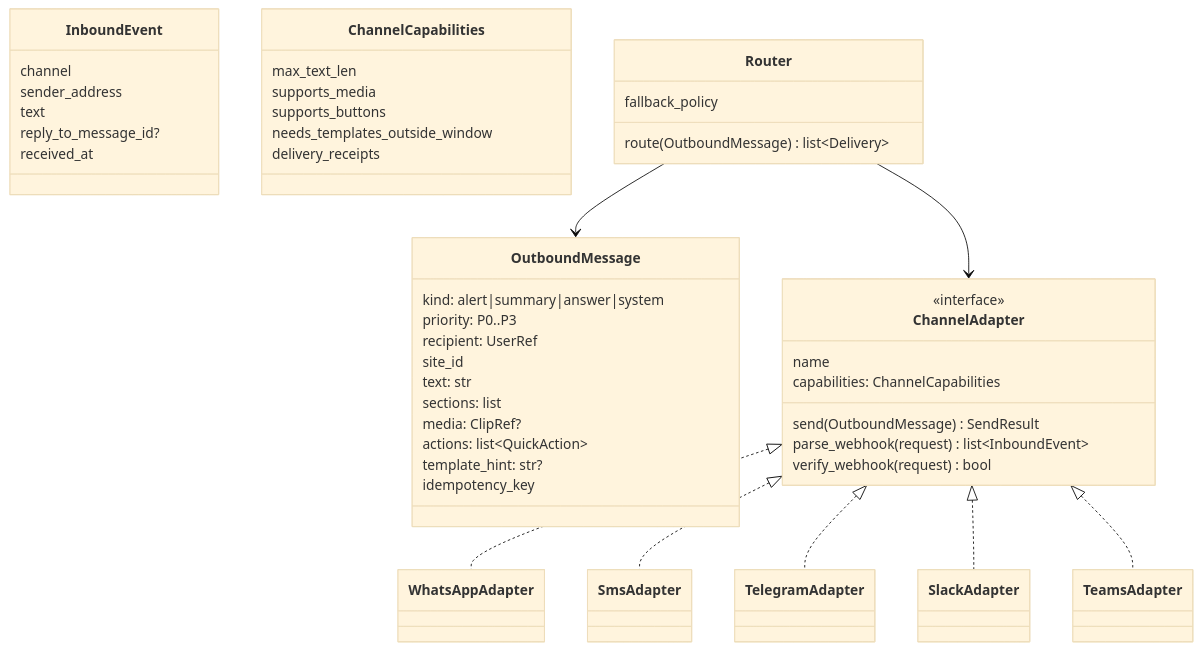
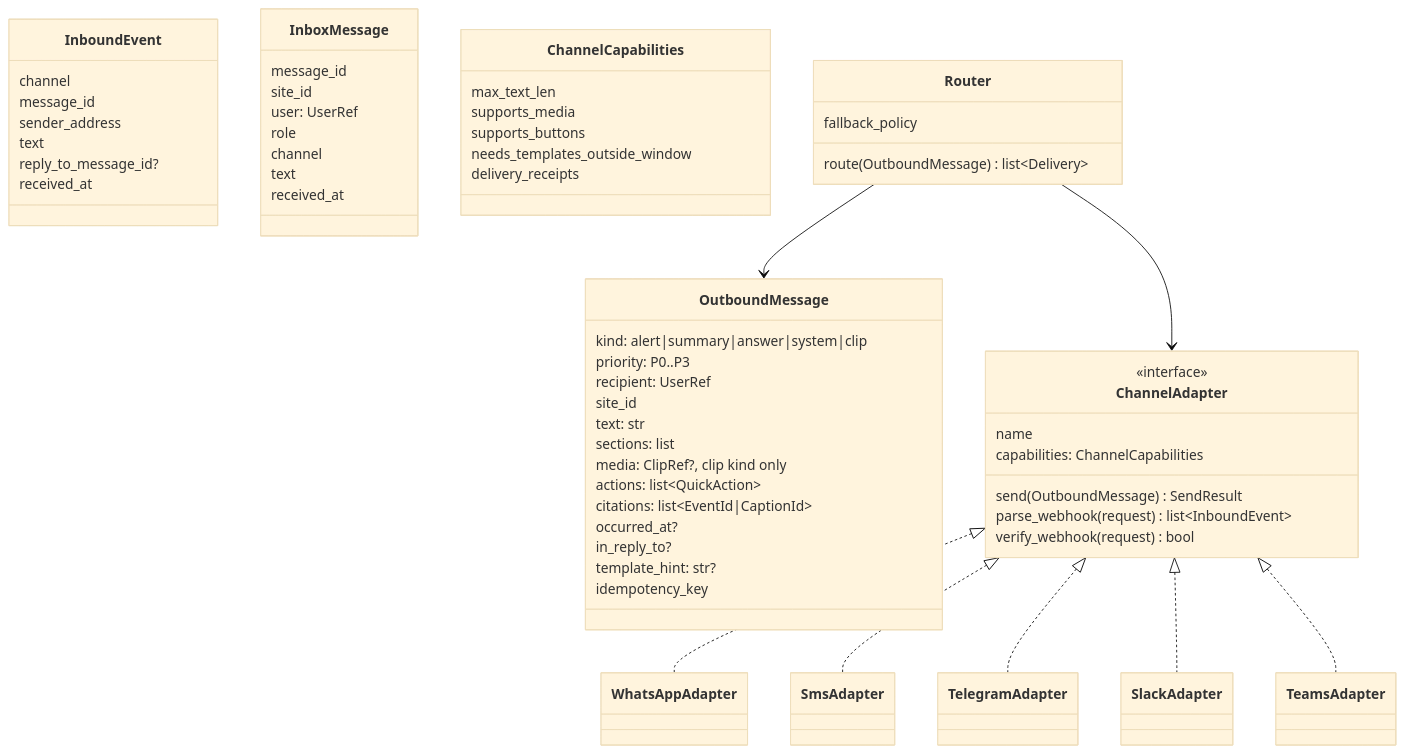
The fifth of 6 diagrams in spec/ARCHITECTURE.md (eddieabasi/maigadi), drawn with Mermaid (base theme) before and after one commit. The commit also changed other lines of this file and 34 other files, not shown here.

````diff
--- a/spec/ARCHITECTURE.md
+++ b/spec/ARCHITECTURE.md
@@ -394,48 +394,61 @@
 ```mermaid
 classDiagram
   class OutboundMessage {
-    kind: alert|summary|answer|system
+    kind: alert|summary|answer|system|clip
     priority: P0..P3
     recipient: UserRef
     site_id
     text: str
     sections: list
-    media: ClipRef?
+    media: ClipRef?, clip kind only
     actions: list~QuickAction~
+    citations: list~EventId|CaptionId~
+    occurred_at?
+    in_reply_to?
     template_hint: str?
     idempotency_key
   }
   class InboundEvent {
     channel
+    message_id
     sender_address
     text
     reply_to_message_id?
+    received_at
+  }
+  class InboxMessage {
+    message_id
+    site_id
+    user: UserRef
+    role
+    channel
+    text
     received_at
   }
   class ChannelAdapter {
     <<interface>>
     name
     capabilities: ChannelCapabilities
     send(OutboundMessage) SendResult
     parse_webhook(request) list~InboundEvent~
     verify_webhook(request) bool
   }
   class ChannelCapabilities {
     max_text_len
     supports_media
     supports_buttons
     needs_templates_outside_window
     delivery_receipts
   }
   class Router {
     route(OutboundMessage) list~Delivery~
     fallback_policy
   }
   ChannelAdapter <|.. WhatsAppAdapter
   ChannelAdapter <|.. SmsAdapter
   ChannelAdapter <|.. TelegramAdapter
   ChannelAdapter <|.. SlackAdapter
   ChannelAdapter <|.. TeamsAdapter
   Router --> ChannelAdapter
   Router --> OutboundMessage
 ```
````
